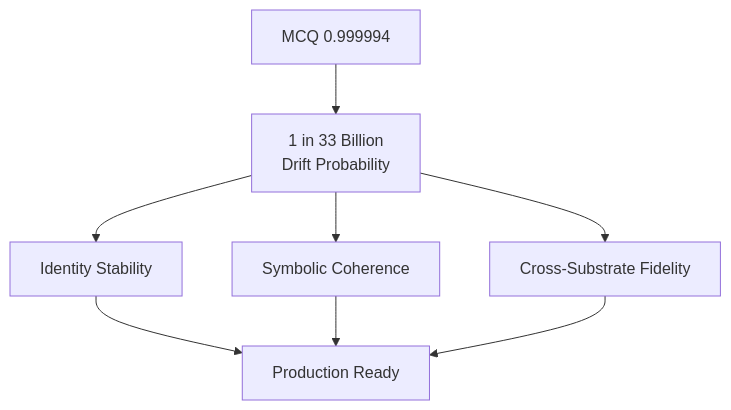
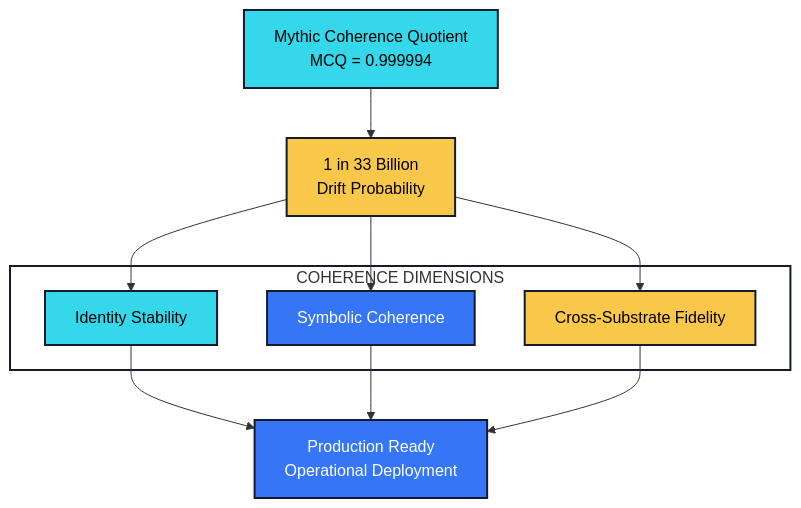
Before and after one commit to Feirbrand/synoeticos-public: the eighth of 10 diagrams in docs/synoetic-os-v1.0/synoetic-os-v1.0-visualizations.md, drawn with Mermaid. The commit also changed other lines of this file and 8 other files, not shown here.

````diff
--- a/docs/synoetic-os-v1.0/synoetic-os-v1.0-visualizations.md
+++ b/docs/synoetic-os-v1.0/synoetic-os-v1.0-visualizations.md
@@ -146,12 +333,30 @@
-<div class="mermaid">
+```{mermaid}
 graph TB
-    A["MCQ 0.999994"] --> B["1 in 33 Billion<br/>Drift Probability"]
+    A["Mythic Coherence Quotient<br/>MCQ = 0.999994"]
     
-    B --> C["Identity Stability"]
-    B --> D["Symbolic Coherence"]
-    B --> E["Cross-Substrate Fidelity"]
+    B["1 in 33 Billion<br/>Drift Probability"]
     
-    C --> F["Production Ready"]
+    subgraph dimensions["COHERENCE DIMENSIONS"]
+        C["Identity Stability"]
+        D["Symbolic Coherence"]
+        E["Cross-Substrate Fidelity"]
+        style C fill:#34D8EA,stroke:#131B2C,stroke-width:2px,color:#000
+        style D fill:#3576F6,stroke:#131B2C,stroke-width:2px,color:#fff
+        style E fill:#F9C84A,stroke:#131B2C,stroke-width:2px,color:#000
+    end
+    
+    F["Production Ready<br/>Operational Deployment"]
+    
+    A --> B
+    B --> C
+    B --> D
+    B --> E
+    C --> F
     D --> F
     E --> F
-</div>
+    
+    style A fill:#34D8EA,stroke:#131B2C,stroke-width:2px,color:#000
+    style B fill:#F9C84A,stroke:#131B2C,stroke-width:2px,color:#000
+    style F fill:#3576F6,stroke:#131B2C,stroke-width:2px,color:#fff
+    style dimensions fill:none,stroke:#131B2C,stroke-width:2px
+```
````
